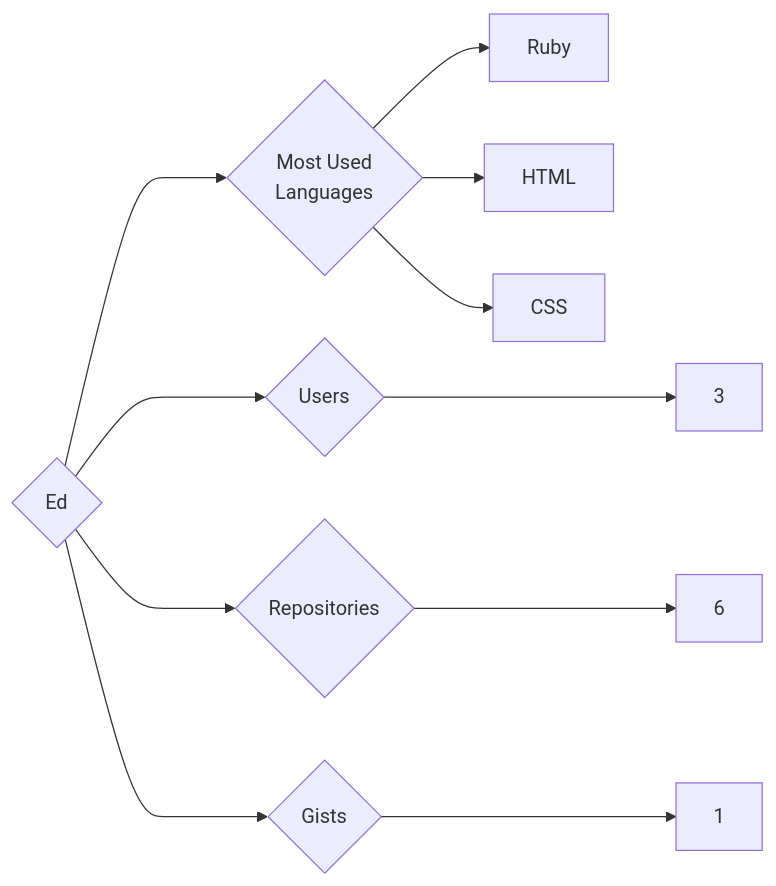
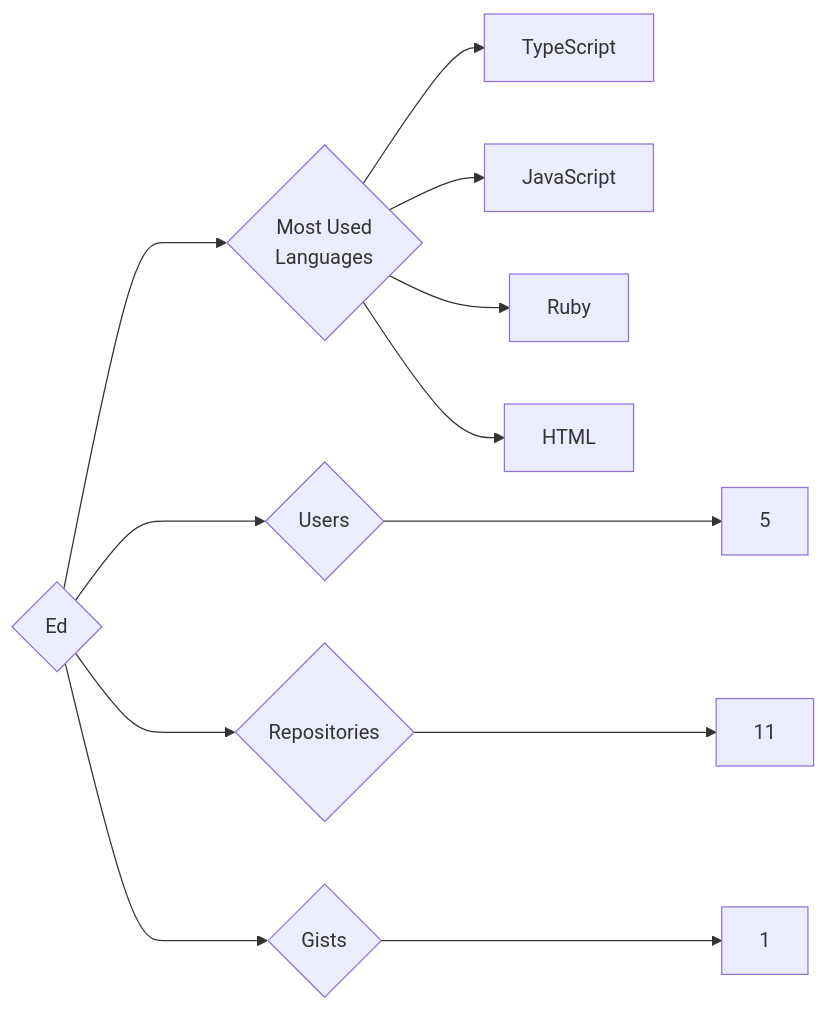
One commit to trickest/insiders changed the diagram in targets/Ed/README.md. Above: the diagram before and after it, drawn with Mermaid. The commit also changed 1148 other files, not shown here.

````diff
--- a/targets/Ed/README.md
+++ b/targets/Ed/README.md
@@ -3,11 +3,12 @@
 ```mermaid
 graph LR
 COMPANY_NAME{Ed}
-COMPANY_NAME ---> U{Users} ---> UN[3]
-COMPANY_NAME ---> R{Repositories} ---> RN[6]
+COMPANY_NAME ---> U{Users} ---> UN[5]
+COMPANY_NAME ---> R{Repositories} ---> RN[11]
 COMPANY_NAME ---> G{Gists} ---> GN[1]
 COMPANY_NAME ---> ML{Most Used<br>Languages}
+ML --> TypeScript[TypeScript]
+ML --> JavaScript[JavaScript]
 ML --> Ruby[Ruby]
 ML --> HTML[HTML]
-ML --> CSS[CSS]
 ```
````
